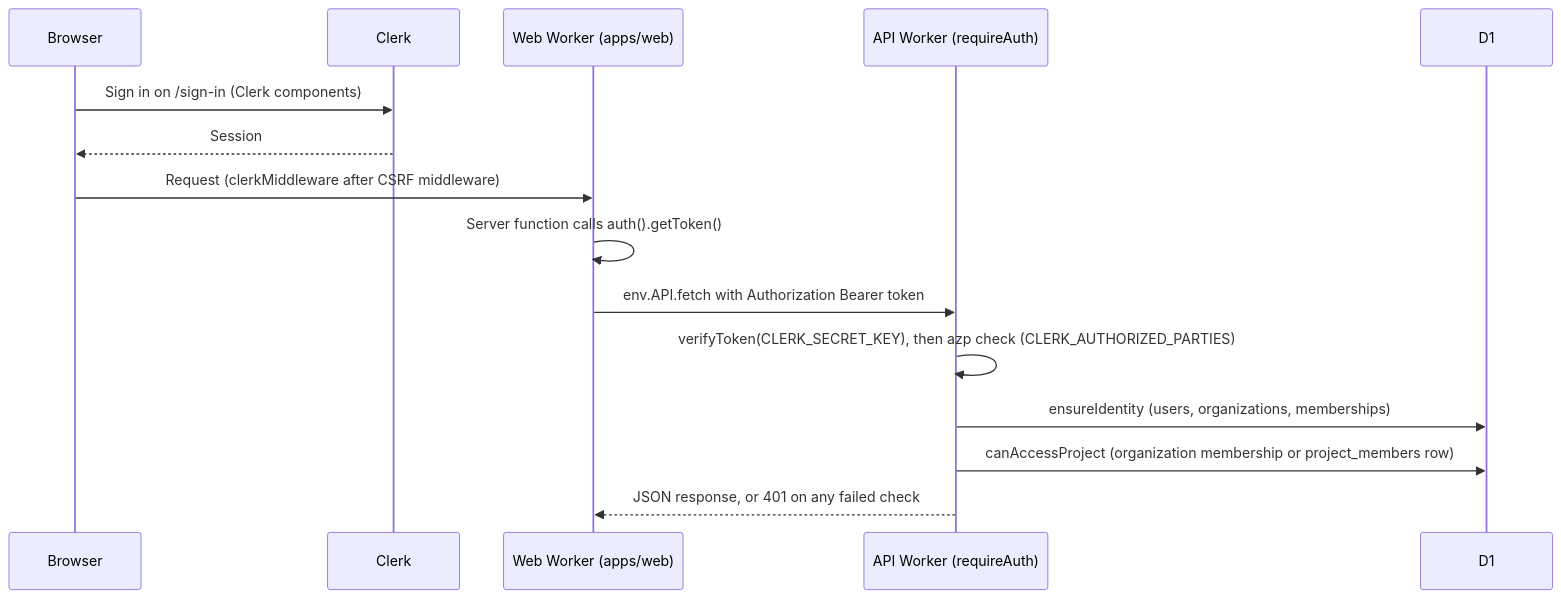
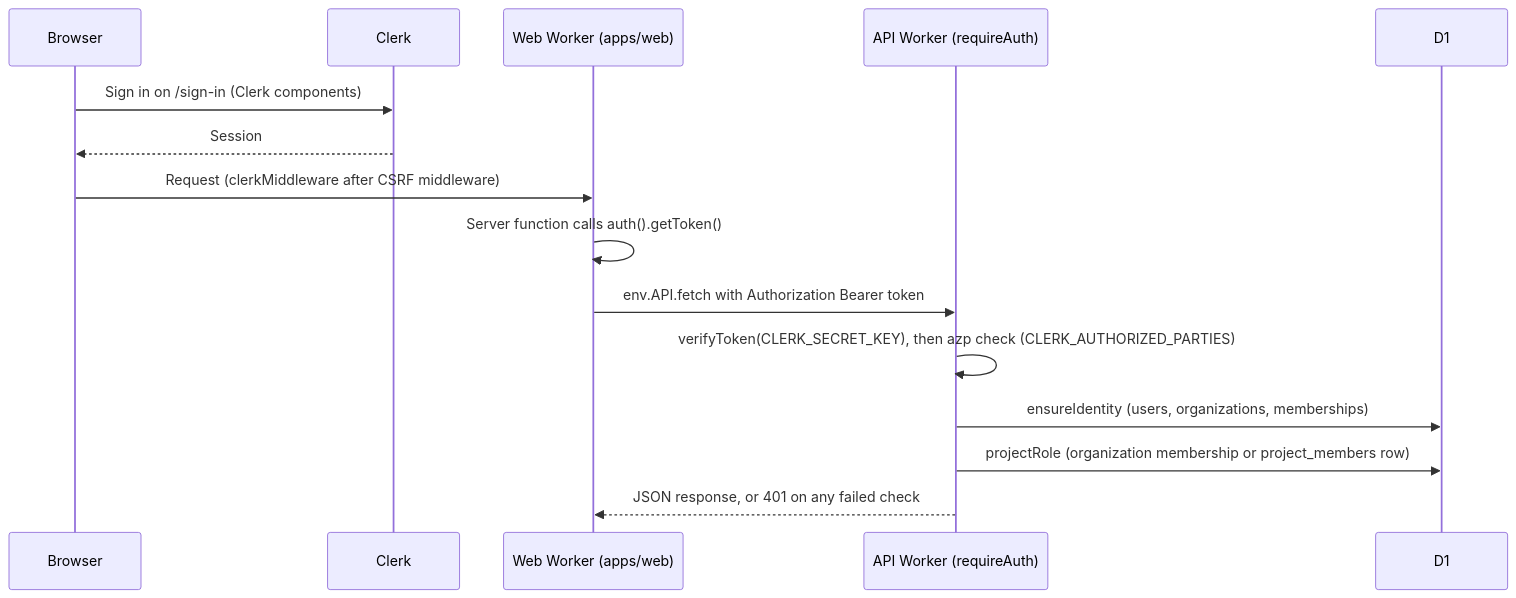
Before and after one commit to nsudhanva/rhumbatron: the diagram in docs/adr/0002-clerk-authentication.md, drawn with Mermaid. The commit also changed other lines of this file and 47 other files, not shown here.

````diff
--- a/docs/adr/0002-clerk-authentication.md
+++ b/docs/adr/0002-clerk-authentication.md
@@ -47,17 +48,17 @@
 ```mermaid
 sequenceDiagram
   participant B as Browser
   participant C as Clerk
   participant W as Web Worker (apps/web)
   participant A as API Worker (requireAuth)
   participant D as D1
   B->>C: Sign in on /sign-in (Clerk components)
   C-->>B: Session
   B->>W: Request (clerkMiddleware after CSRF middleware)
   W->>W: Server function calls auth().getToken()
   W->>A: env.API.fetch with Authorization Bearer token
   A->>A: verifyToken(CLERK_SECRET_KEY), then azp check (CLERK_AUTHORIZED_PARTIES)
   A->>D: ensureIdentity (users, organizations, memberships)
-  A->>D: canAccessProject (organization membership or project_members row)
+  A->>D: projectRole (organization membership or project_members row)
   A-->>W: JSON response, or 401 on any failed check
 ```
````
